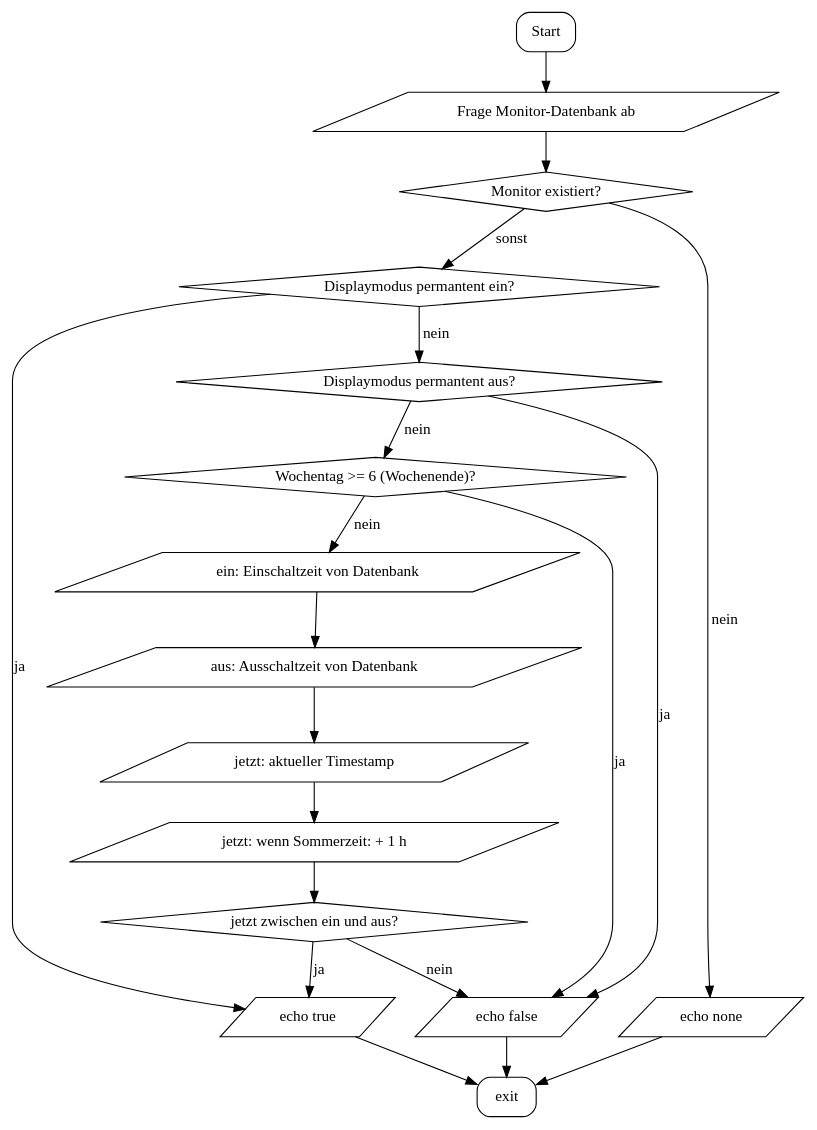
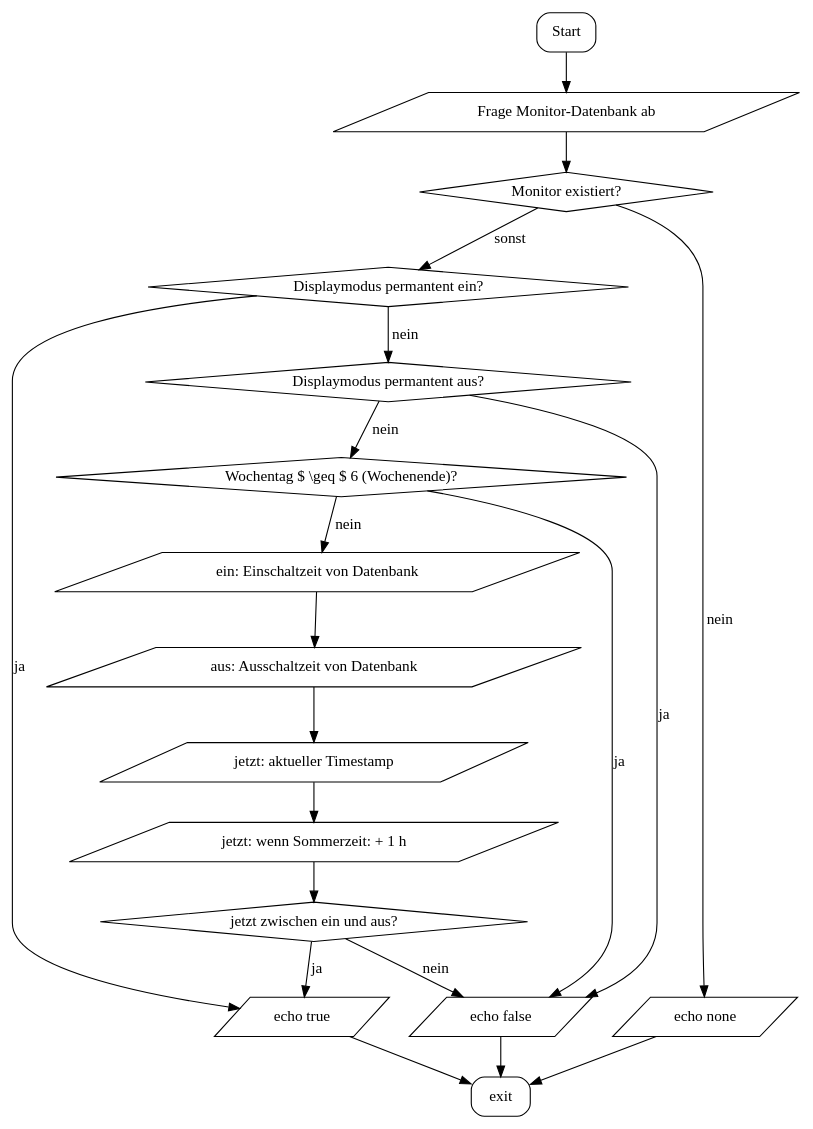
One commit to SIS-Team/SIS-Doc changed the diagram in images/flowcharts/display.dot. Above: the diagram before and after it, drawn with Graphviz. The commit also changed 5 other files, not shown here.

```diff
--- a/images/flowcharts/display.dot
+++ b/images/flowcharts/display.dot
@@ -1,37 +1,37 @@
 digraph flowchart {
 	rankdir=TB;
 
 	Start[shape="box", style=rounded];
 	"exit"[shape="box", style=rounded];
 	"Monitor existiert?"[shape="diamond", style=""];
 	"Displaymodus permantent ein?"[shape="diamond", style=""];
 	"Displaymodus permantent aus?"[shape="diamond", style=""];
-	"Wochentag >= 6 (Wochenende)?"[shape="diamond", style=""];
+	"Wochentag $ \\geq $ 6 (Wochenende)?"[shape="diamond", style=""];
 	"jetzt zwischen ein und aus?"[shape="diamond", style=""];
 	
 	node[shape="parallelogram", style=""]
 	
 	Start -> "Frage Monitor-Datenbank ab";
 	
 	"Frage Monitor-Datenbank ab" -> "Monitor existiert?";
 	"Monitor existiert?" -> "echo none"[label="nein"];
 	"Monitor existiert?" -> "Displaymodus permantent ein?"[label="sonst"];
 	"Displaymodus permantent ein?" -> "echo true"[label="ja"];
 	"Displaymodus permantent ein?" -> "Displaymodus permantent aus?"[label="nein"];
 	"Displaymodus permantent aus?" -> "echo false"[label="ja"];
-	"Displaymodus permantent aus?" -> "Wochentag >= 6 (Wochenende)?"[label="nein"];
-	"Wochentag >= 6 (Wochenende)?" -> "echo false"[label="ja"];
-	"Wochentag >= 6 (Wochenende)?" -> "ein: Einschaltzeit von Datenbank"[label="nein"];
+	"Displaymodus permantent aus?" -> "Wochentag $ \\geq $ 6 (Wochenende)?"[label="nein"];
+	"Wochentag $ \\geq $ 6 (Wochenende)?" -> "echo false"[label="ja"];
+	"Wochentag $ \\geq $ 6 (Wochenende)?" -> "ein: Einschaltzeit von Datenbank"[label="nein"];
 	"ein: Einschaltzeit von Datenbank" -> "aus: Ausschaltzeit von Datenbank";
 	"aus: Ausschaltzeit von Datenbank" -> "jetzt: aktueller Timestamp";
 	"jetzt: aktueller Timestamp" -> "jetzt: wenn Sommerzeit: + 1 h";
 	"jetzt: wenn Sommerzeit: + 1 h" -> "jetzt zwischen ein und aus?";
 	"jetzt zwischen ein und aus?" -> "echo true"[label="ja"];
 	"jetzt zwischen ein und aus?" -> "echo false"[label="nein"];
 	
 	"echo none" -> "exit";
 	"echo true" -> "exit";
 	"echo false" -> "exit";
 	
 	{rank=same; "echo none" "echo true" "echo false"}
 }
```
